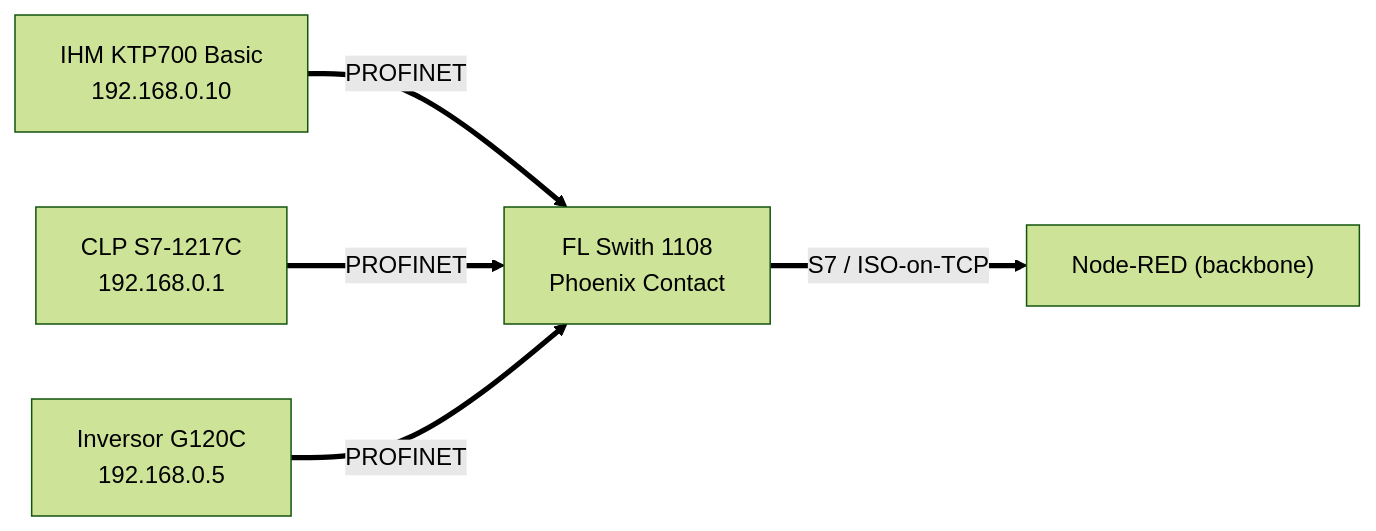
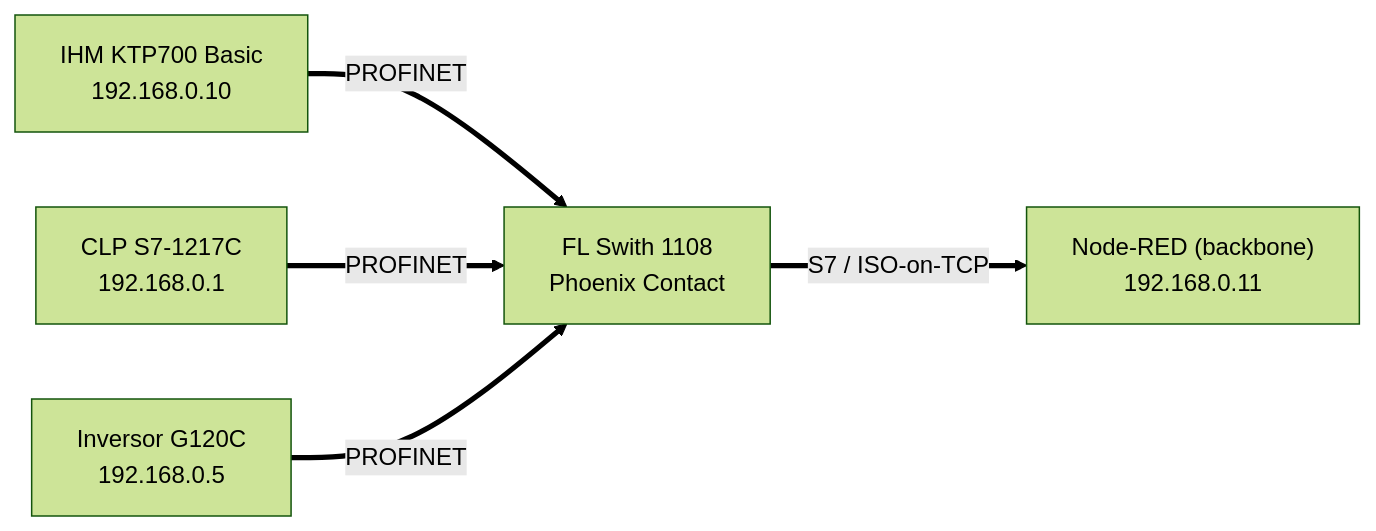
One commit to Scheeffer/Projeto_Comunicacao_de_Dados changed the first of 2 diagrams in NEXUS/rede-profinet/README.md. Above: the diagram before and after it, drawn with Mermaid (forest theme).

````diff
--- a/NEXUS/rede-profinet/README.md
+++ b/NEXUS/rede-profinet/README.md
@@ -44,7 +44,7 @@
 ```mermaid
 flowchart LR
     IHM["IHM KTP700 Basic<br/>192.168.0.10"] == "PROFINET" ==> SW["FL Swith 1108 <br/>Phoenix Contact"]
     PLC["CLP S7-1217C<br/>192.168.0.1"] == "PROFINET" ==> SW
     G120["Inversor G120C<br/>192.168.0.5"] == "PROFINET" ==> SW
-    SW == "S7 / ISO-on-TCP" ==> NR["Node-RED (backbone)"]
+    SW == "S7 / ISO-on-TCP" ==> NR["Node-RED (backbone)<br/>192.168.0.11"]
 ```
````
